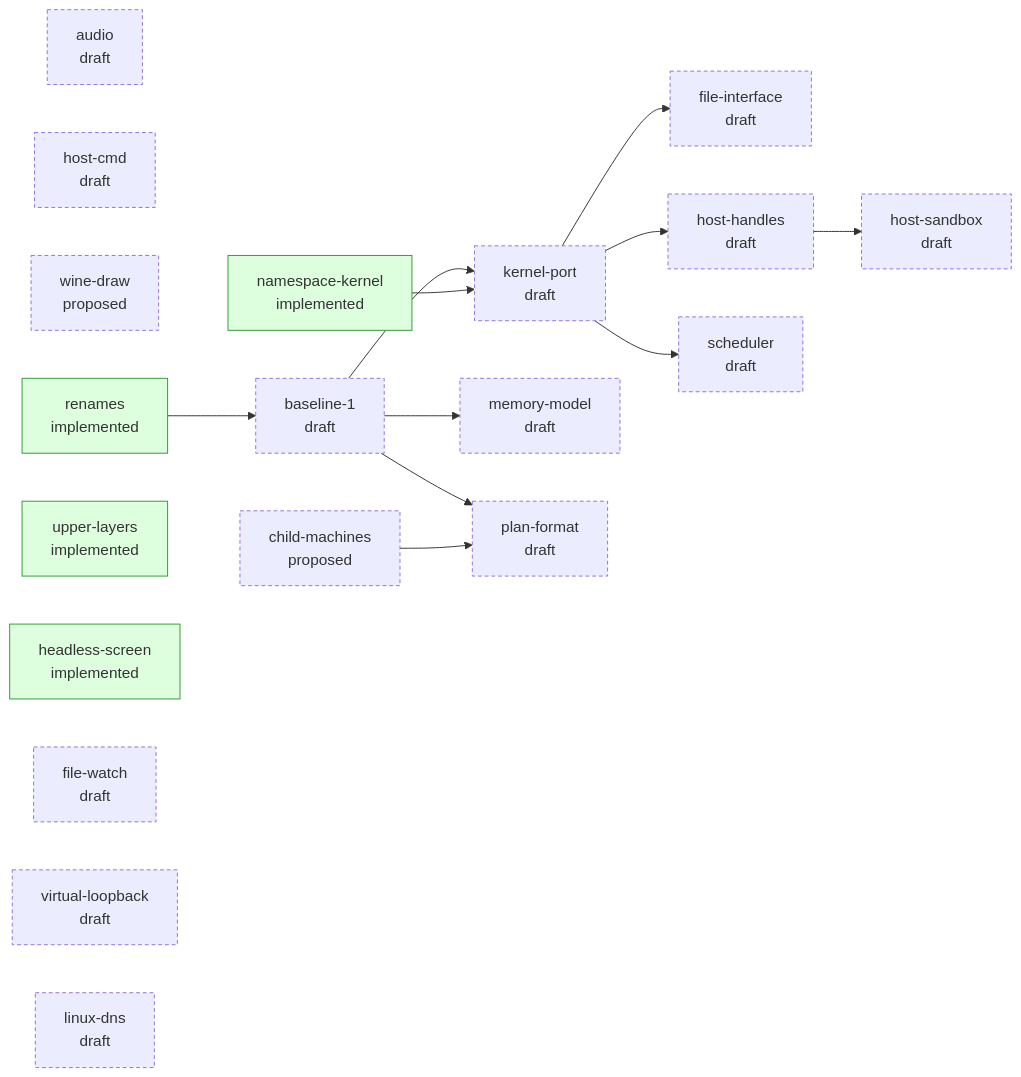
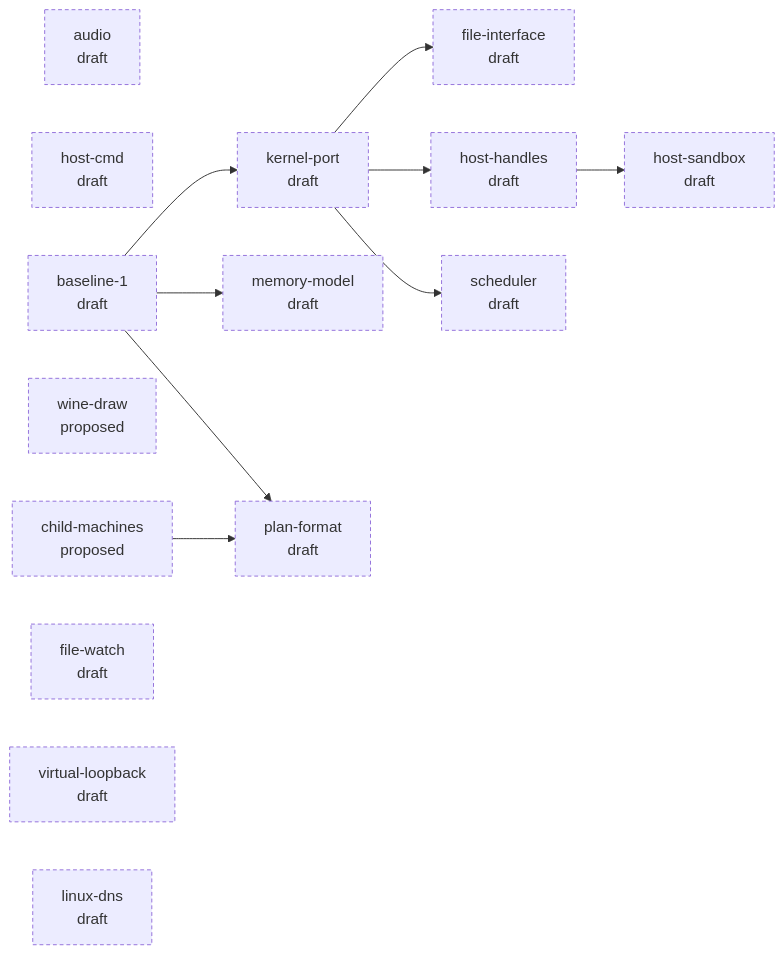
Before and after one commit to progrium/hyper9: the diagram in design/STATUS.md, drawn with Mermaid. The commit also changed other lines of this file, not shown here.

````diff
--- a/design/STATUS.md
+++ b/design/STATUS.md
@@ -29,36 +25,30 @@
 ```mermaid
 flowchart LR
   classDef draft stroke-dasharray: 4 3
   classDef accepted stroke-width: 2px
   classDef implemented fill:#dfd,stroke:#393
   classDef closed fill:#eee,stroke:#999,color:#777
   p_host_sandbox["host-sandbox<br/>draft"]:::draft
   p_audio["audio<br/>draft"]:::draft
   p_host_cmd["host-cmd<br/>draft"]:::draft
   p_child_machines["child-machines<br/>proposed"]:::draft
   p_wine_draw["wine-draw<br/>proposed"]:::draft
-  p_namespace_kernel["namespace-kernel<br/>implemented"]:::implemented
   p_baseline_1["baseline-1<br/>draft"]:::draft
   p_file_interface["file-interface<br/>draft"]:::draft
   p_host_handles["host-handles<br/>draft"]:::draft
   p_kernel_port["kernel-port<br/>draft"]:::draft
   p_memory_model["memory-model<br/>draft"]:::draft
   p_plan_format["plan-format<br/>draft"]:::draft
-  p_renames["renames<br/>implemented"]:::implemented
   p_scheduler["scheduler<br/>draft"]:::draft
-  p_upper_layers["upper-layers<br/>implemented"]:::implemented
-  p_headless_screen["headless-screen<br/>implemented"]:::implemented
   p_file_watch["file-watch<br/>draft"]:::draft
   p_virtual_loopback["virtual-loopback<br/>draft"]:::draft
   p_linux_dns["linux-dns<br/>draft"]:::draft
   p_host_handles --> p_host_sandbox
-  p_renames --> p_baseline_1
   p_kernel_port --> p_file_interface
   p_kernel_port --> p_host_handles
   p_baseline_1 --> p_kernel_port
-  p_namespace_kernel --> p_kernel_port
   p_baseline_1 --> p_memory_model
   p_baseline_1 --> p_plan_format
   p_child_machines --> p_plan_format
   p_kernel_port --> p_scheduler
 ```
````
